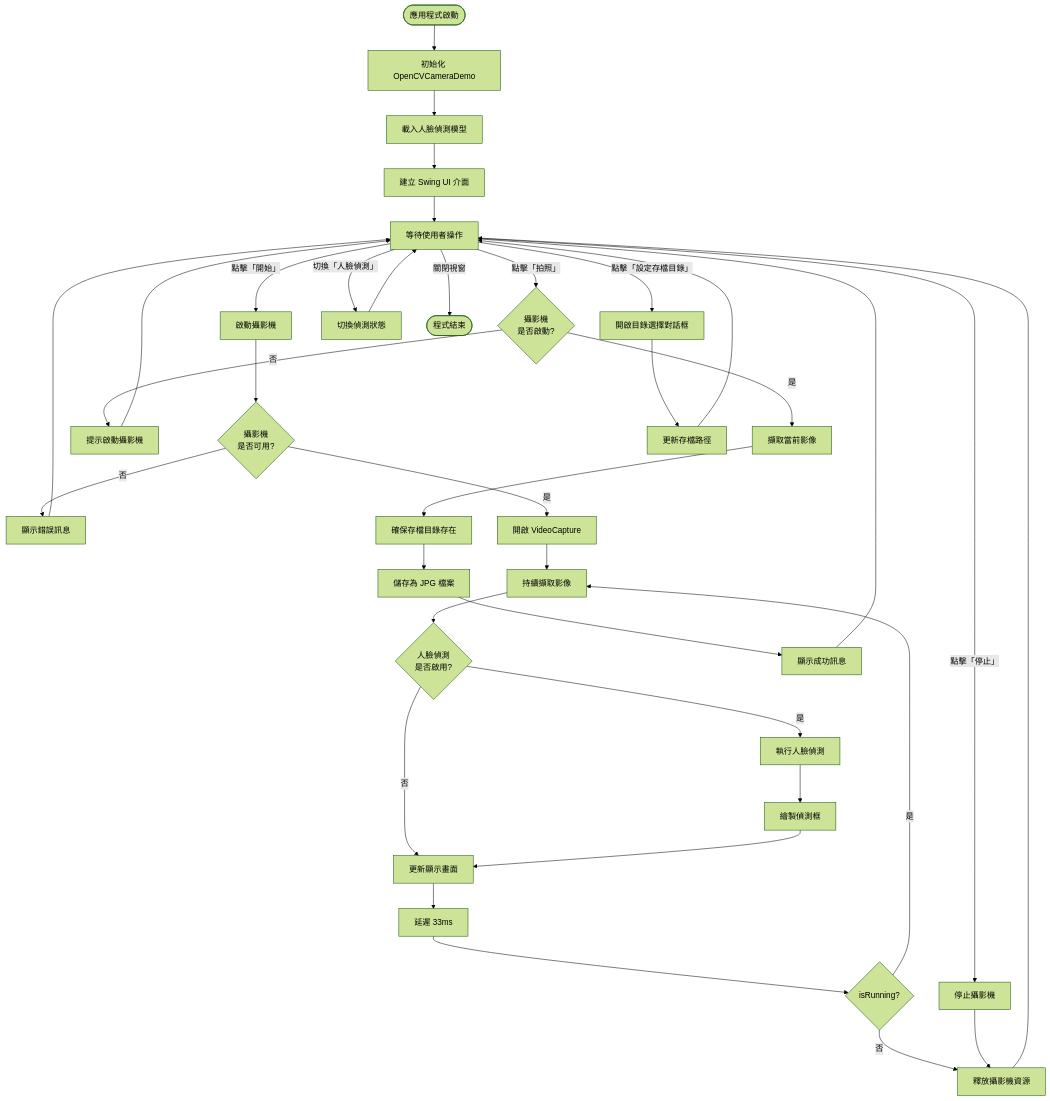
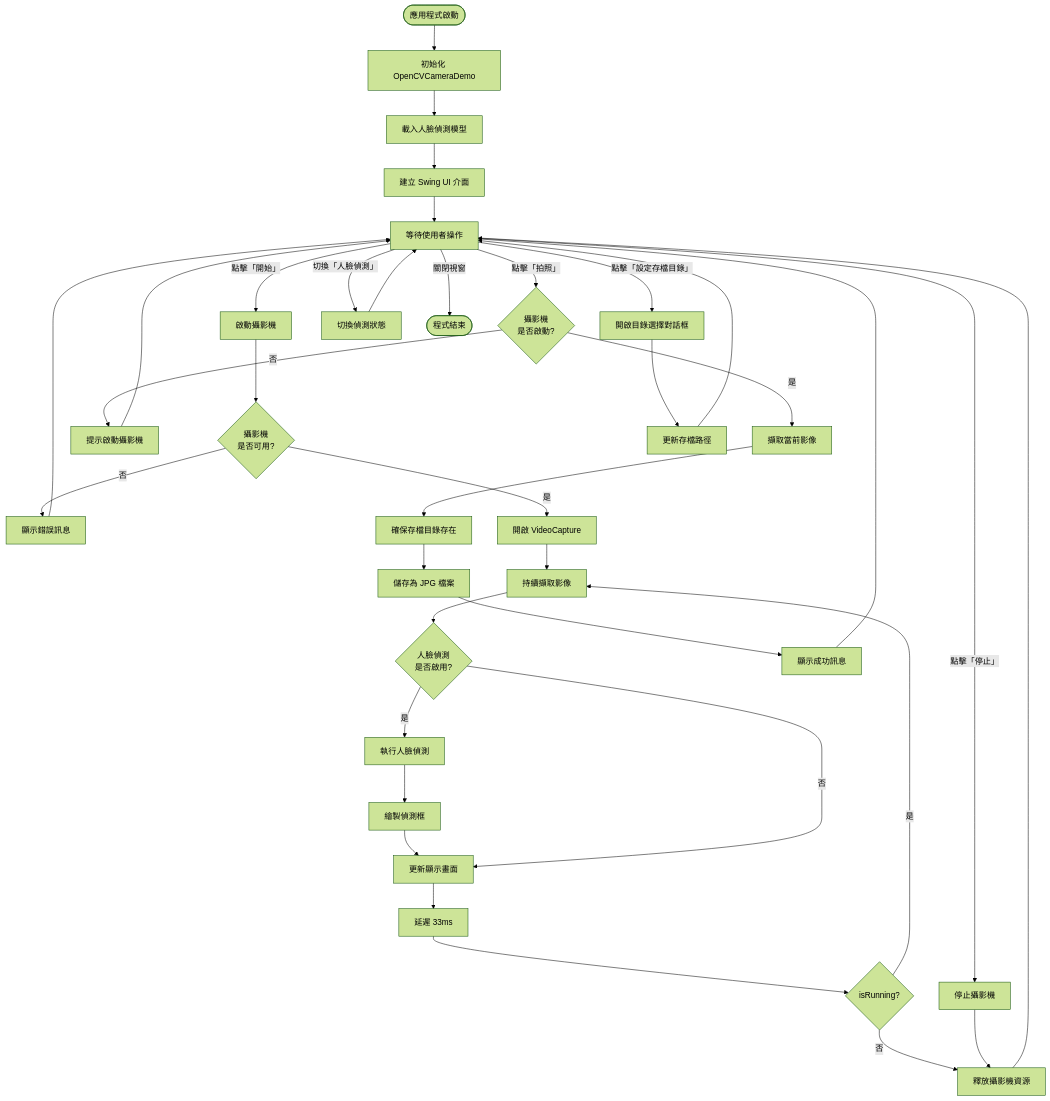
Before and after one commit to sobadrush/FTC_OpenCV: the second of 3 diagrams in README.md, drawn with Mermaid (forest theme). The commit also changed other lines of this file, not shown here.

Commit message:
Fix Mermaid diagram node definition and document groupId vs package name difference

````diff
--- a/README.md
+++ b/README.md
@@ -148,46 +150,46 @@
 ```mermaid
 flowchart TD
     Start([應用程式啟動]) --> Init[初始化 OpenCVCameraDemo]
     Init --> LoadModel[載入人臉偵測模型]
     LoadModel --> CreateUI[建立 Swing UI 介面]
     CreateUI --> Ready[等待使用者操作]
     
     Ready --> |點擊「開始」| StartCam[啟動攝影機]
     StartCam --> CheckCam{攝影機<br/>是否可用?}
     CheckCam -->|否| ShowError[顯示錯誤訊息]
     ShowError --> Ready
     CheckCam -->|是| OpenCam[開啟 VideoCapture]
     OpenCam --> CaptureLoop[持續擷取影像]
     
     CaptureLoop --> CheckFace{人臉偵測<br/>是否啟用?}
     CheckFace -->|是| DetectFace[執行人臉偵測]
-    CheckFace -->|否| Display
     DetectFace --> DrawBox[繪製偵測框]
     DrawBox --> Display[更新顯示畫面]
+    CheckFace -->|否| Display[更新顯示畫面]
     Display --> Sleep[延遲 33ms]
     Sleep --> CheckRunning{isRunning?}
     CheckRunning -->|是| CaptureLoop
     CheckRunning -->|否| ReleaseCam[釋放攝影機資源]
     
     Ready -->|點擊「拍照」| CheckCamOpen{攝影機<br/>是否啟動?}
     CheckCamOpen -->|否| WarnUser[提示啟動攝影機]
     WarnUser --> Ready
     CheckCamOpen -->|是| CaptureFrame[擷取當前影像]
     CaptureFrame --> CreateDir[確保存檔目錄存在]
     CreateDir --> SaveImage[儲存為 JPG 檔案]
     SaveImage --> ShowSuccess[顯示成功訊息]
     ShowSuccess --> Ready
     
     Ready -->|點擊「停止」| StopCam[停止攝影機]
     StopCam --> ReleaseCam
     ReleaseCam --> Ready
     
     Ready -->|點擊「設定存檔目錄」| ChooseDir[開啟目錄選擇對話框]
     ChooseDir --> UpdateDir[更新存檔路徑]
     UpdateDir --> Ready
     
     Ready -->|切換「人臉偵測」| ToggleFace[切換偵測狀態]
     ToggleFace --> Ready
     
     Ready -->|關閉視窗| Exit([程式結束])
 ```
````
